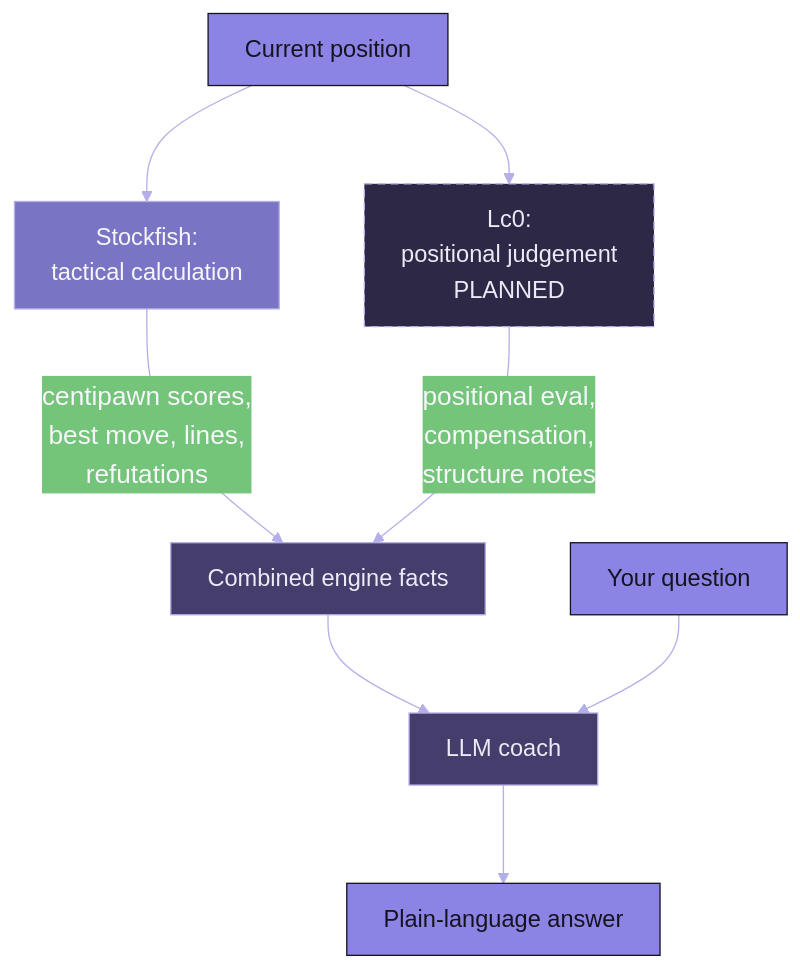
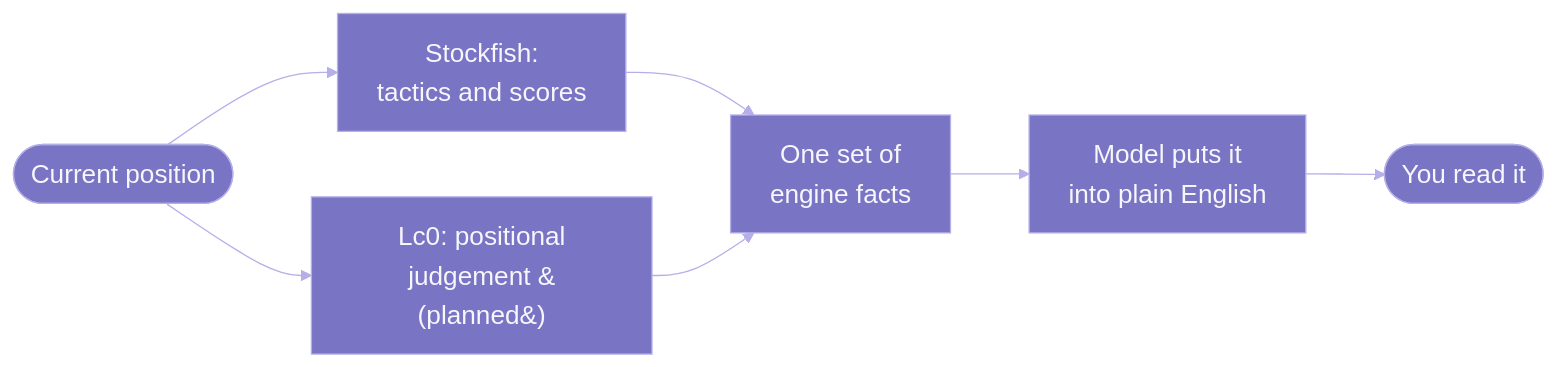
One commit to jconnors23/Dupont changed the first of 2 diagrams in docs/architecture/design.md. Above: the diagram before and after it, drawn with Mermaid. The commit also changed other lines of this file and 22 other files, not shown here.

````diff
--- a/docs/architecture/design.md
+++ b/docs/architecture/design.md
@@ -27,20 +28,10 @@
 ```mermaid
-%%{init: {'theme':'base','themeVariables':{'fontSize':'20px','primaryColor':'#7a74c4','primaryTextColor':'#f6f6fb','primaryBorderColor':'#b4afe8','lineColor':'#b4afe8'},'flowchart':{'nodeSpacing':65,'rankSpacing':75,'padding':14}}}%%
-flowchart TB
-    POS[Current position] --> SF[Stockfish:<br/>tactical calculation]
-    POS --> LC[Lc0:<br/>positional judgement<br/>PLANNED]
-    SF -->|centipawn scores,<br/>best move, lines,<br/>refutations| COMB[Combined engine facts]
-    LC -->|positional eval,<br/>compensation,<br/>structure notes| COMB
-    COMB --> COACH[LLM coach]
-    Q[Your question] --> COACH
-    COACH --> OUT[Plain-language answer]
-
-    classDef impl fill:#7a74c4,stroke:#b4afe8,color:#f6f6fb,font-size:18px;
-    classDef planned fill:#2d2846,stroke:#b4afe8,color:#eceaf6,stroke-dasharray:6 4,font-size:18px;
-    classDef think fill:#453d6b,stroke:#b4afe8,color:#eceaf6,font-size:18px;
-    classDef io fill:#8b84e4,stroke:#15131f,color:#15131f,font-size:18px;
-    class SF impl;
-    class LC planned;
-    class COMB,COACH think;
-    class POS,Q,OUT io;
+%%{init: {'theme':'base','themeVariables':{'fontSize':'20px','primaryColor':'#7a74c4','primaryTextColor':'#f6f6fb','primaryBorderColor':'#b4afe8','lineColor':'#b4afe8'},'flowchart':{'nodeSpacing':50,'rankSpacing':60}}}%%
+flowchart LR
+    POS([Current position]) --> SF[Stockfish:<br/>tactics and scores]
+    POS --> LC[Lc0: positional<br/>judgement &#40;planned&#41;]
+    SF --> COMB[One set of<br/>engine facts]
+    LC --> COMB
+    COMB --> COACH[Model puts it<br/>into plain English]
+    COACH --> OUT([You read it])
 ```
````
